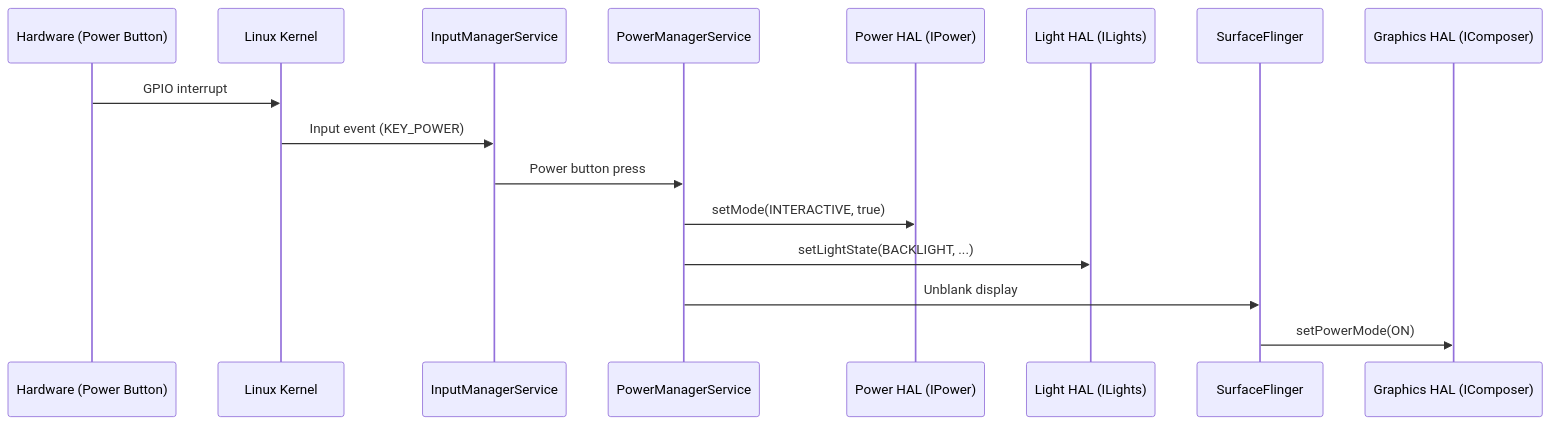
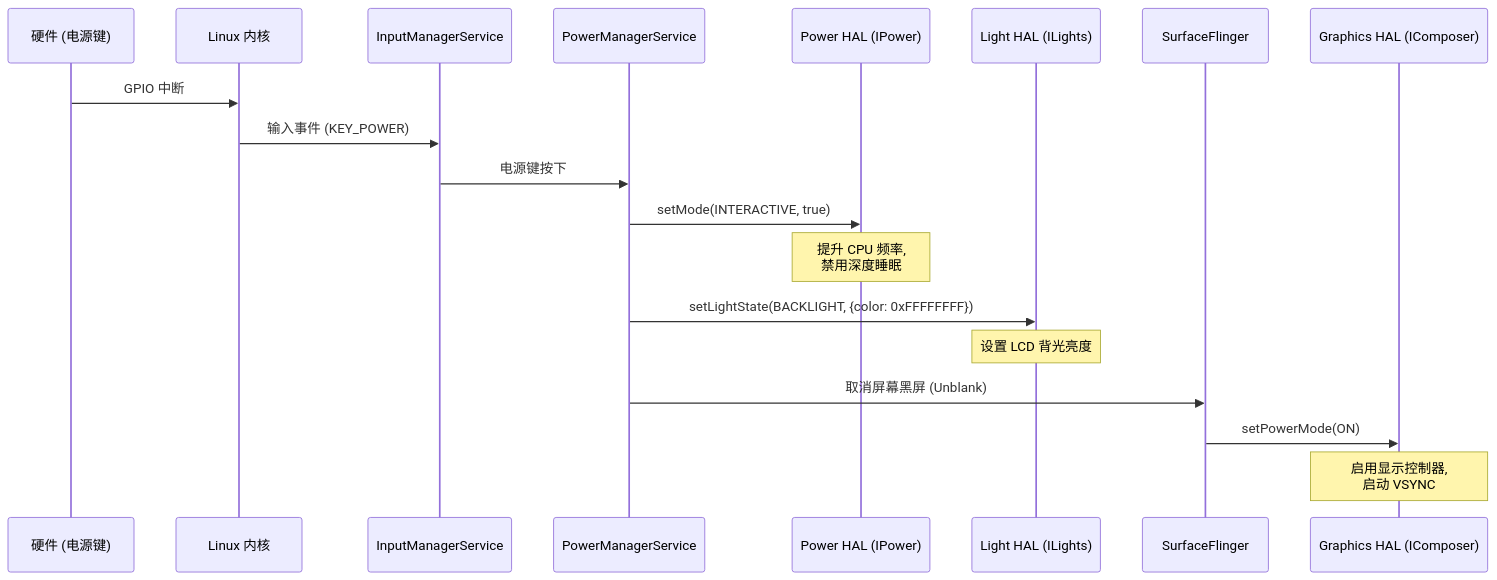
One commit to fwrite0920/aosp-internal-book changed diagram 12 of 12 in 10-hal-zh.md. Above: the diagram before and after it, drawn with Mermaid. The commit also changed other lines of this file and 63 other files, not shown here.

````diff
--- a/10-hal-zh.md
+++ b/10-hal-zh.md
@@ -795,19 +1750,22 @@
 ```mermaid
 sequenceDiagram
-    participant HW as Hardware (Power Button)
-    participant Kernel as Linux Kernel
+    participant HW as 硬件 (电源键)
+    participant Kernel as Linux 内核
     participant Input as InputManagerService
     participant Power as PowerManagerService
     participant PHAL as Power HAL (IPower)
     participant LHAL as Light HAL (ILights)
     participant Display as SurfaceFlinger
     participant GHAL as Graphics HAL (IComposer)
 
-    HW->>Kernel: GPIO interrupt
-    Kernel->>Input: Input event (KEY_POWER)
-    Input->>Power: Power button press
+    HW->>Kernel: GPIO 中断
+    Kernel->>Input: 输入事件 (KEY_POWER)
+    Input->>Power: 电源键按下
     Power->>PHAL: setMode(INTERACTIVE, true)
-    Power->>LHAL: setLightState(BACKLIGHT, ...)
-    Power->>Display: Unblank display
+    Note over PHAL: 提升 CPU 频率,<br/>禁用深度睡眠
+    Power->>LHAL: setLightState(BACKLIGHT, {color: 0xFFFFFFFF})
+    Note over LHAL: 设置 LCD 背光亮度
+    Power->>Display: 取消屏幕黑屏 (Unblank)
     Display->>GHAL: setPowerMode(ON)
+    Note over GHAL: 启用显示控制器,<br/>启动 VSYNC
 ```
````
